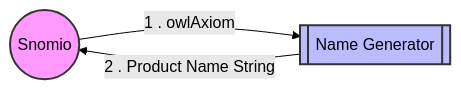
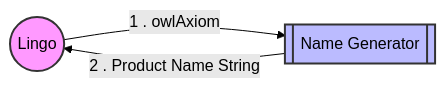
One commit to AuDigitalHealth/lingo changed the second of 7 diagrams in docs/design/integration-points.md. Above: the diagram before and after it, drawn with Mermaid (forest theme). The commit also changed other lines of this file and 10 other files, not shown here.

Commit message:
replace occurances of Snomio with Lingo across the docs

````diff
--- a/docs/design/integration-points.md
+++ b/docs/design/integration-points.md
@@ -63,9 +63,9 @@
 ```mermaid
 graph LR
-    Snomio((Snomio))
+    Lingo((Lingo))
     NameGenerator[[Name Generator]]
-    Snomio -->|1 . owlAxiom| NameGenerator
-    NameGenerator -->|2 . Product Name String| Snomio
-    style Snomio fill: #f9f, stroke: #333, stroke-width: 2px
+    Lingo -->|1 . owlAxiom| NameGenerator
+    NameGenerator -->|2 . Product Name String| Lingo
+    style Lingo fill: #f9f, stroke: #333, stroke-width: 2px
     style NameGenerator fill: #bbf, stroke: #333, stroke-width: 2px
 ```
````
